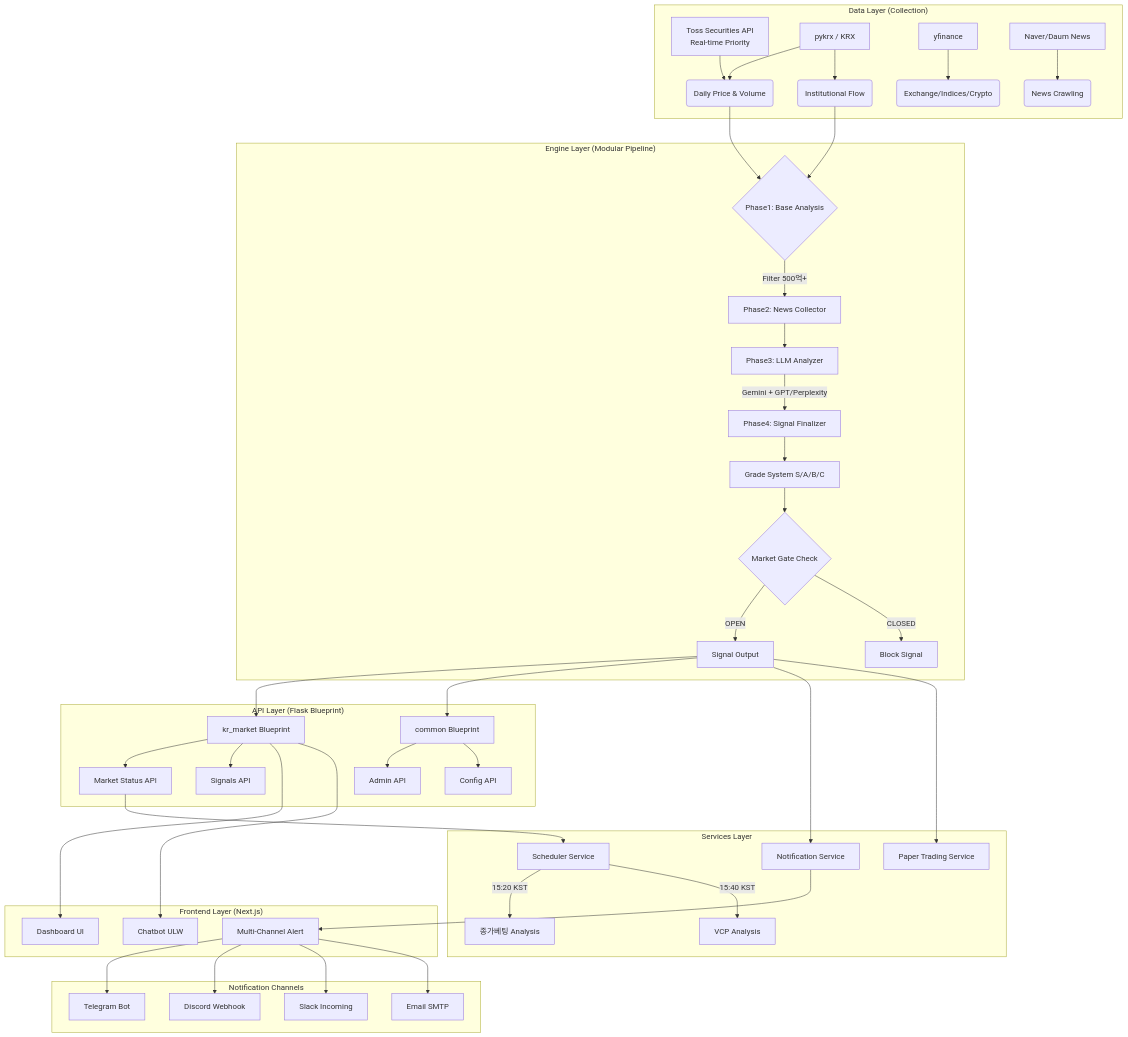
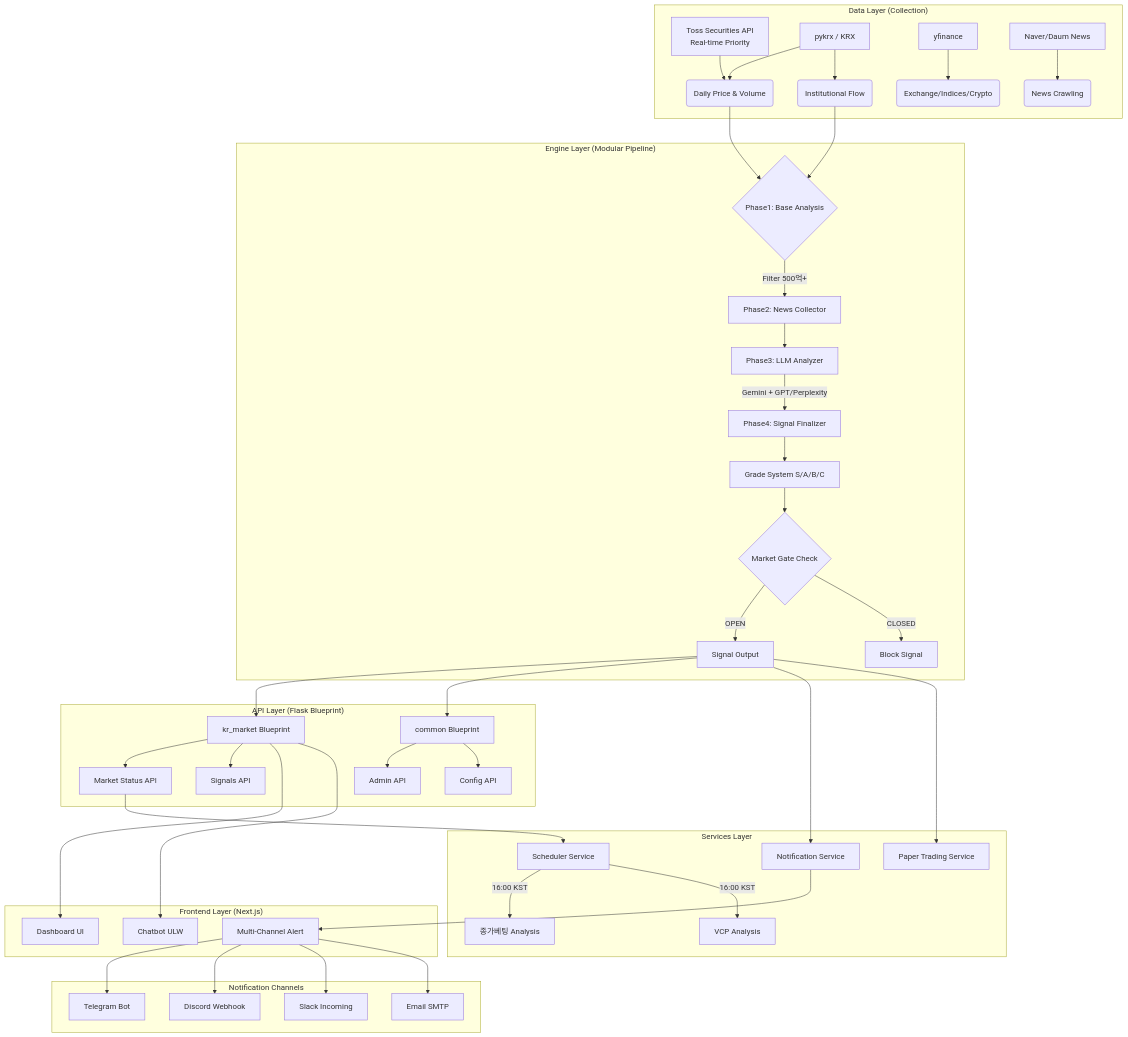
Before and after one commit to freelife1191/closing-bet-demo: the first of 6 diagrams in README.md, drawn with Mermaid. The commit also changed other lines of this file, not shown here.

````diff
--- a/README.md
+++ b/README.md
@@ -146,52 +145,52 @@
 ```mermaid
 graph TD
     subgraph "Data Layer (Collection)"
         A[Toss Securities API<br>Real-time Priority] --> B(Daily Price & Volume)
         C[pykrx / KRX] --> B
         C --> D(Institutional Flow)
         E[yfinance] --> F(Exchange/Indices/Crypto)
         G[Naver/Daum News] --> H(News Crawling)
     end
 
     subgraph "Engine Layer (Modular Pipeline)"
         B & D --> I{Phase1: Base Analysis}
         I -->|Filter 500억+| J[Phase2: News Collector]
         J --> K[Phase3: LLM Analyzer]
         K -->|Gemini + GPT/Perplexity| L[Phase4: Signal Finalizer]
         L --> M[Grade System S/A/B/C]
 
         M --> N{Market Gate Check}
         N -->|OPEN| O[Signal Output]
         N -->|CLOSED| P[Block Signal]
     end
 
     subgraph "API Layer (Flask Blueprint)"
         O --> Q[kr_market Blueprint]
         O --> R[common Blueprint]
         Q --> S[Market Status API]
         Q --> T[Signals API]
         R --> U[Admin API]
         R --> V[Config API]
     end
 
     subgraph "Services Layer"
         S --> W[Scheduler Service]
         O --> X[Notification Service]
         O --> Y[Paper Trading Service]
-        W -->|15:20 KST| Z[종가베팅 Analysis]
-        W -->|15:40 KST| AA[VCP Analysis]
+        W -->|16:00 KST| Z[종가베팅 Analysis]
+        W -->|16:00 KST| AA[VCP Analysis]
     end
 
     subgraph "Frontend Layer (Next.js)"
         Q --> AB[Dashboard UI]
         Q --> AC[Chatbot ULW]
         X --> AD[Multi-Channel Alert]
     end
 
     subgraph "Notification Channels"
         AD --> AE[Telegram Bot]
         AD --> AF[Discord Webhook]
         AD --> AG[Slack Incoming]
         AD --> AH[Email SMTP]
     end
 ```
````
